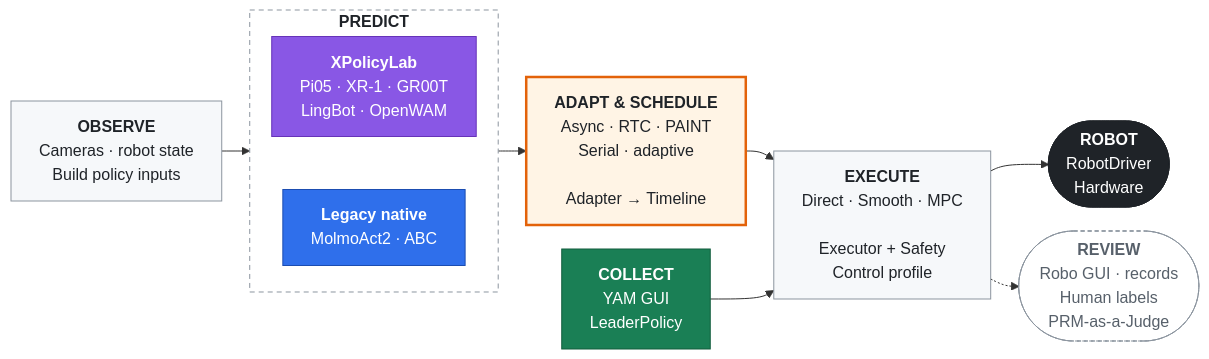
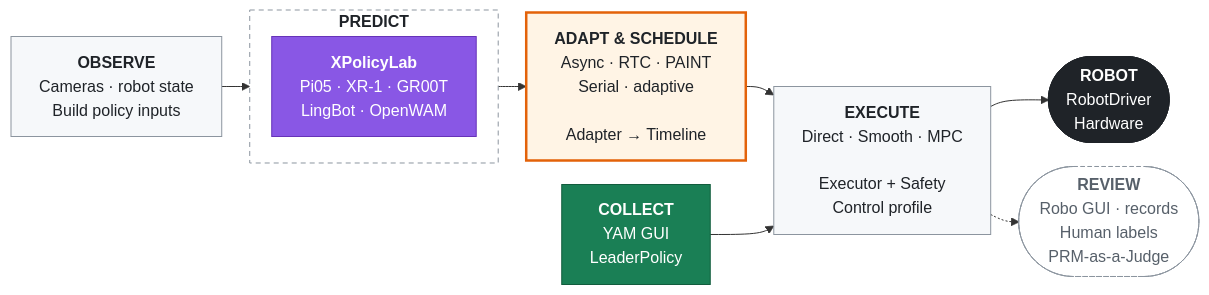
The diagram in README.md (SII-LiuLab/manimux), drawn with Mermaid before and after one commit. The commit also changed other lines of this file and 167 other files, not shown here.

````diff
--- a/README.md
+++ b/README.md
@@ -86,31 +86,28 @@
 ```mermaid
 %%{init: {"flowchart": {"wrappingWidth": 180, "curve": "basis", "nodeSpacing": 24, "rankSpacing": 28, "padding": 14}}}%%
 flowchart LR
     OBS["<b>OBSERVE</b><br/>Cameras · robot state<br/>Build policy inputs"]:::stage
 
     subgraph THINK["<b>PREDICT</b>"]
         direction TB
         XPOLICY["<b>XPolicyLab</b><br/>Pi05 · XR-1 · GR00T<br/>LingBot · OpenWAM"]:::xpolicy
-        NATIVE["<b>Legacy native</b><br/>MolmoAct2 · ABC"]:::native
-        XPOLICY ~~~ NATIVE
     end
 
     PLAN["<b>ADAPT & SCHEDULE</b><br/>Async · RTC · PAINT<br/>Serial · adaptive<br/><br/>Adapter → Timeline"]:::handoff
     ACT["<b>EXECUTE</b><br/>Direct · Smooth · MPC<br/><br/>Executor + Safety<br/>Control profile"]:::stage
     ROBOT(["<b>ROBOT</b><br/>RobotDriver<br/>Hardware"]):::robot
     TELEOP["<b>COLLECT</b><br/>YAM GUI<br/>LeaderPolicy"]:::collection
     REVIEW(["<b>REVIEW</b><br/>Robo GUI · records<br/>Human labels<br/>PRM-as-a-Judge"]):::side
 
     OBS --> THINK --> PLAN --> ACT --> ROBOT
     TELEOP --> ACT
     ACT -.-> REVIEW
 
     classDef stage fill:#F6F8FA,stroke:#8C959F,stroke-width:1px,color:#1F2328
     classDef handoff fill:#FFF4E5,stroke:#E36209,stroke-width:2.5px,color:#1F2328
     classDef side fill:#FFFFFF,stroke:#8C959F,stroke-dasharray:4 3,color:#57606A
     classDef robot fill:#1F2328,stroke:#1F2328,color:#FFFFFF
     classDef xpolicy fill:#8957E5,stroke:#6633B8,color:#FFFFFF
-    classDef native fill:#2F6FEB,stroke:#1B4DB1,color:#FFFFFF
     classDef collection fill:#1A7F55,stroke:#125C3D,color:#FFFFFF
     style THINK fill:#FFFFFF,stroke:#8C959F,stroke-dasharray:5 4,color:#1F2328
 ```
````
